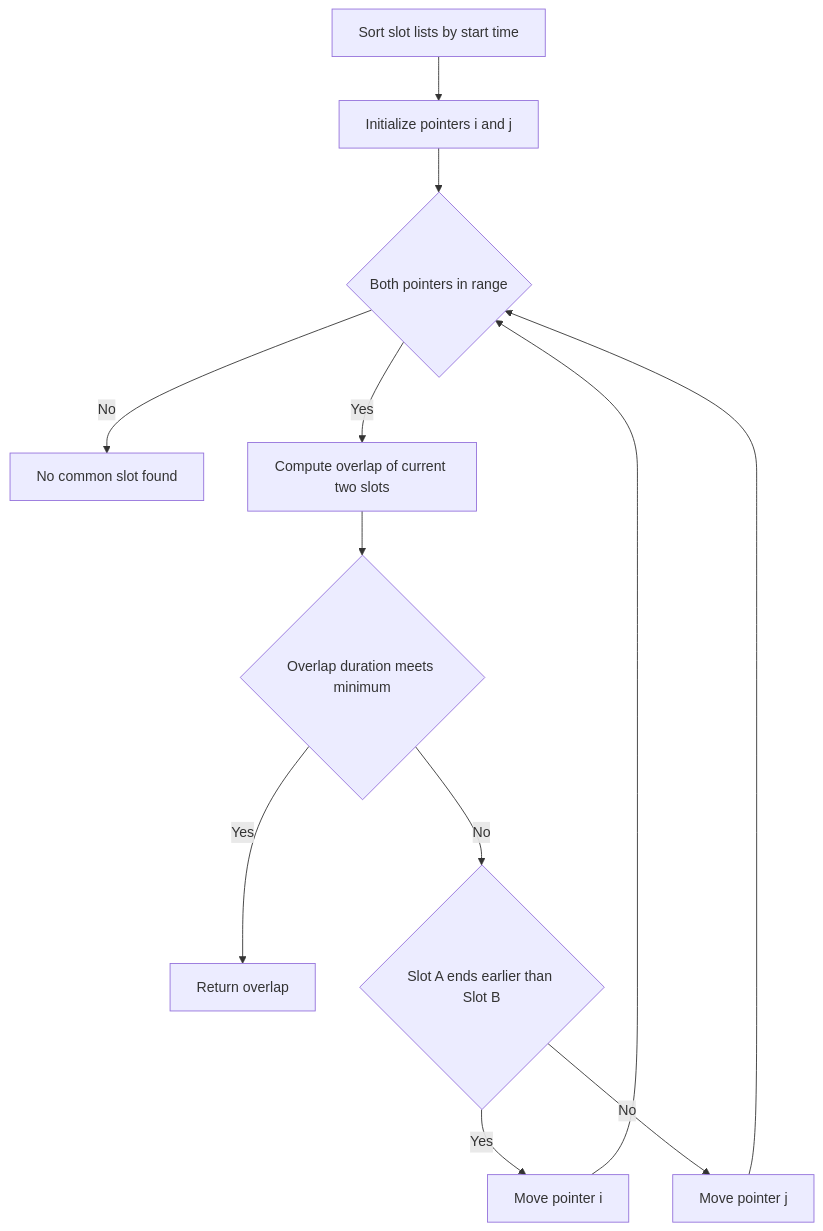
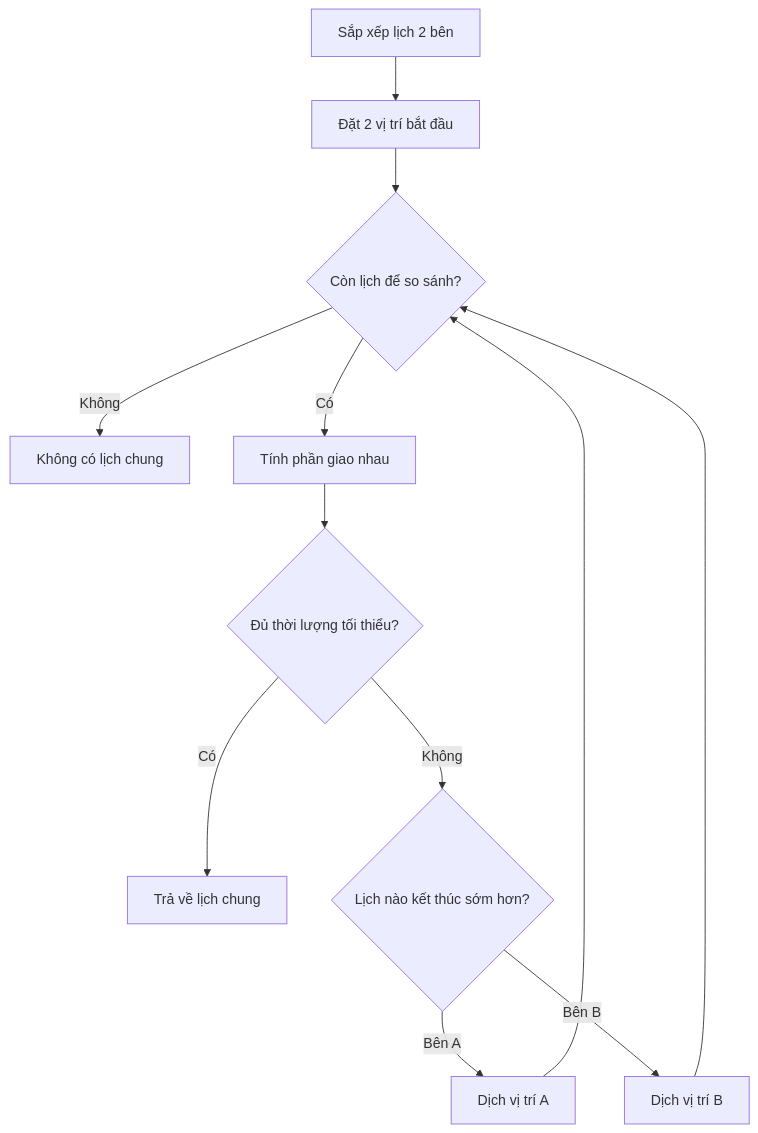
The fourth of 5 diagrams in ENHANCE.md (panadolextra91/dating-app-mvp), drawn with Mermaid before and after one commit. The commit also changed other lines of this file, not shown here.

````diff
--- a/ENHANCE.md
+++ b/ENHANCE.md
@@ -313,14 +194,14 @@
 ```mermaid
 flowchart TD
-    A[Sort slot lists by start time] --> B[Initialize pointers i and j]
-    B --> C{Both pointers in range}
-    C -->|No| Z[No common slot found]
-    C -->|Yes| D[Compute overlap of current two slots]
-    D --> E{Overlap duration meets minimum}
-    E -->|Yes| F[Return overlap]
-    E -->|No| G{Slot A ends earlier than Slot B}
-    G -->|Yes| H[Move pointer i]
-    G -->|No| I[Move pointer j]
+    A[Sắp xếp lịch 2 bên] --> B[Đặt 2 vị trí bắt đầu]
+    B --> C{Còn lịch để so sánh?}
+    C -->|Không| Z[Không có lịch chung]
+    C -->|Có| D[Tính phần giao nhau]
+    D --> E{Đủ thời lượng tối thiểu?}
+    E -->|Có| F[Trả về lịch chung]
+    E -->|Không| G{Lịch nào kết thúc sớm hơn?}
+    G -->|Bên A| H[Dịch vị trí A]
+    G -->|Bên B| I[Dịch vị trí B]
     H --> C
     I --> C
 ```
````
